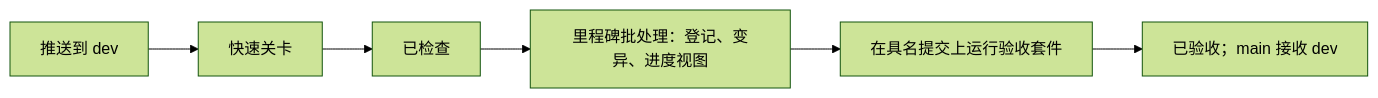
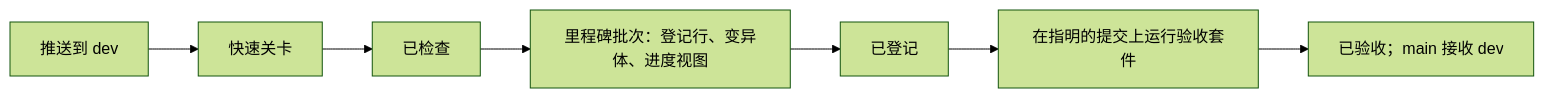
Before and after one commit to cla7aye15I4nd/oss-proof: the diagram in docs/checking/README.zh.md, drawn with Mermaid (forest theme). The commit also changed other lines of this file and 1 other file, not shown here.

````diff
--- a/docs/checking/README.zh.md
+++ b/docs/checking/README.zh.md
@@ -15,8 +22,9 @@
 ```mermaid
 flowchart LR
     P["推送到 dev"] --> G["快速关卡"]
     G --> C["已检查"]
-    C --> M["里程碑批处理：登记、变异、进度视图"]
-    M --> A["在具名提交上运行验收套件"]
-    A --> R["已验收；main 接收 dev"]
+    C --> M["里程碑批次：登记行、变异体、进度视图"]
+    M --> R["已登记"]
+    R --> A["在指明的提交上运行验收套件"]
+    A --> F["已验收；main 接收 dev"]
 ```
````
